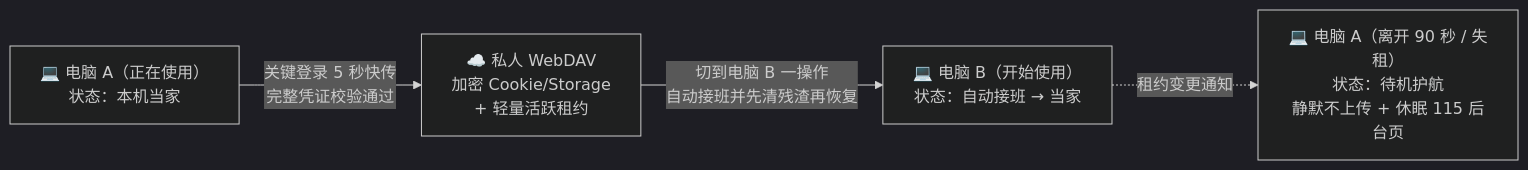
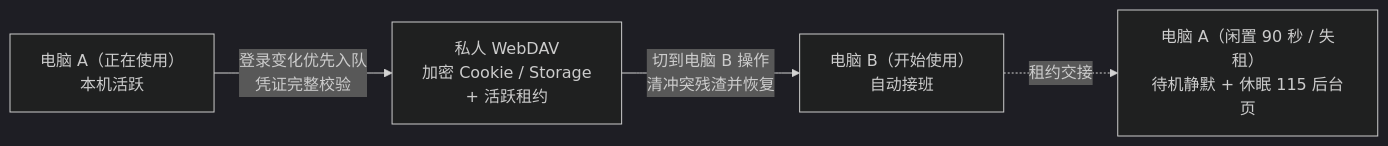
Before and after one commit to Xioaruan912/CookieSync: the diagram in README.md, drawn with Mermaid (dark theme). The commit also changed other lines of this file and 53 other files, not shown here.

````diff
--- a/README.md
+++ b/README.md
@@ -99,6 +92,6 @@
 ```mermaid
 flowchart LR
-  A["💻 电脑 A（正在使用）<br/>状态：本机当家"] -->|"关键登录 5 秒快传<br/>完整凭证校验通过"| W["☁️ 私人 WebDAV<br/>加密 Cookie/Storage<br/>+ 轻量活跃租约"]
-  W -->|"切到电脑 B 一操作<br/>自动接班并先清残渣再恢复"| B["💻 电脑 B（开始使用）<br/>状态：自动接班 → 当家"]
-  B -.->|"租约变更通知"| A2["💻 电脑 A（离开 90 秒 / 失租）<br/>状态：待机护航<br/>静默不上传 + 休眠 115 后台页"]
+  A["电脑 A（正在使用）<br/>本机活跃"] -->|"登录变化优先入队<br/>凭证完整校验"| W["私人 WebDAV<br/>加密 Cookie / Storage<br/>+ 活跃租约"]
+  W -->|"切到电脑 B 操作<br/>清冲突残渣并恢复"| B["电脑 B（开始使用）<br/>自动接班"]
+  B -.->|"租约交接"| A2["电脑 A（闲置 90 秒 / 失租）<br/>待机静默 + 休眠 115 后台页"]
 ```
````
